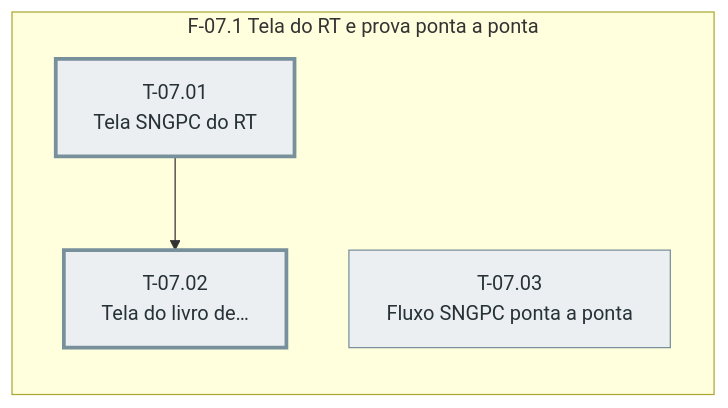
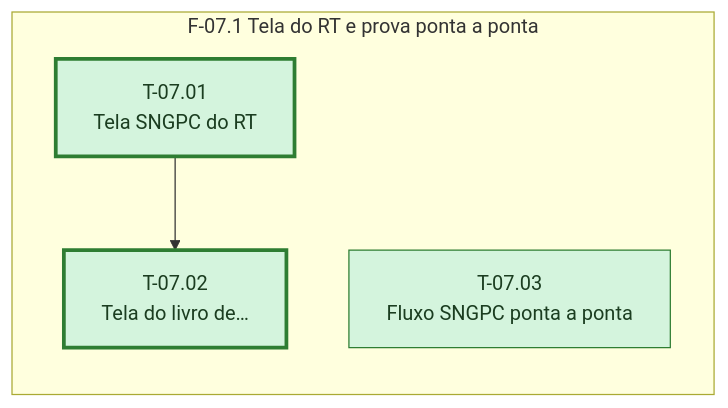
Before and after one commit to jonathasGodinho/jgsistemas-PDV: the diagram in docs/sprintx/features/farmacia-controlados/sprint-07/tasks.md, drawn with Mermaid. The commit also changed other lines of this file and 8 other files, not shown here.

````diff
--- a/docs/sprintx/features/farmacia-controlados/sprint-07/tasks.md
+++ b/docs/sprintx/features/farmacia-controlados/sprint-07/tasks.md
@@ -102,19 +102,19 @@
 ```mermaid
 %% Grafo de tasks — sprint-07 — gerado pela sprintx a partir deste arquivo
 flowchart LR
   subgraph fase_07_1["F-07.1 Tela do RT e prova ponta a ponta"]
     T_07_01["T-07.01<br/>Tela SNGPC do RT"]
     T_07_02["T-07.02<br/>Tela do livro de…"]
     T_07_03["T-07.03<br/>Fluxo SNGPC ponta a ponta"]
   end
   T_07_01 --> T_07_02
   classDef concluida fill:#d4f4dd,stroke:#2e7d32,color:#1b3d20
   classDef andamento fill:#fff3cd,stroke:#b8860b,color:#4a3800
   classDef bloqueada fill:#f8d7da,stroke:#c62828,color:#4a1d1f
   classDef pendente  fill:#eceff1,stroke:#78909c,color:#263238
   classDef critico   stroke-width:3px
-  class T_07_01 pendente
-  class T_07_02 pendente
-  class T_07_03 pendente
+  class T_07_01 concluida
+  class T_07_02 concluida
+  class T_07_03 concluida
   class T_07_01,T_07_02 critico
 ```
````
